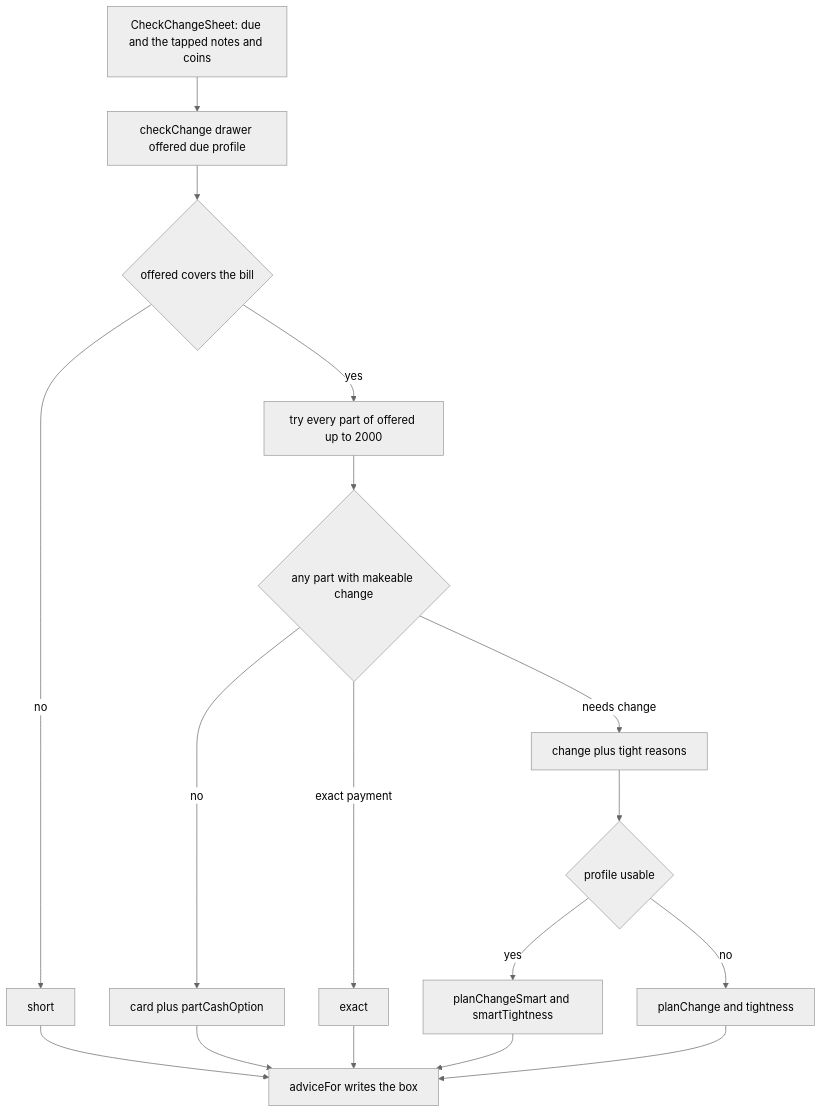
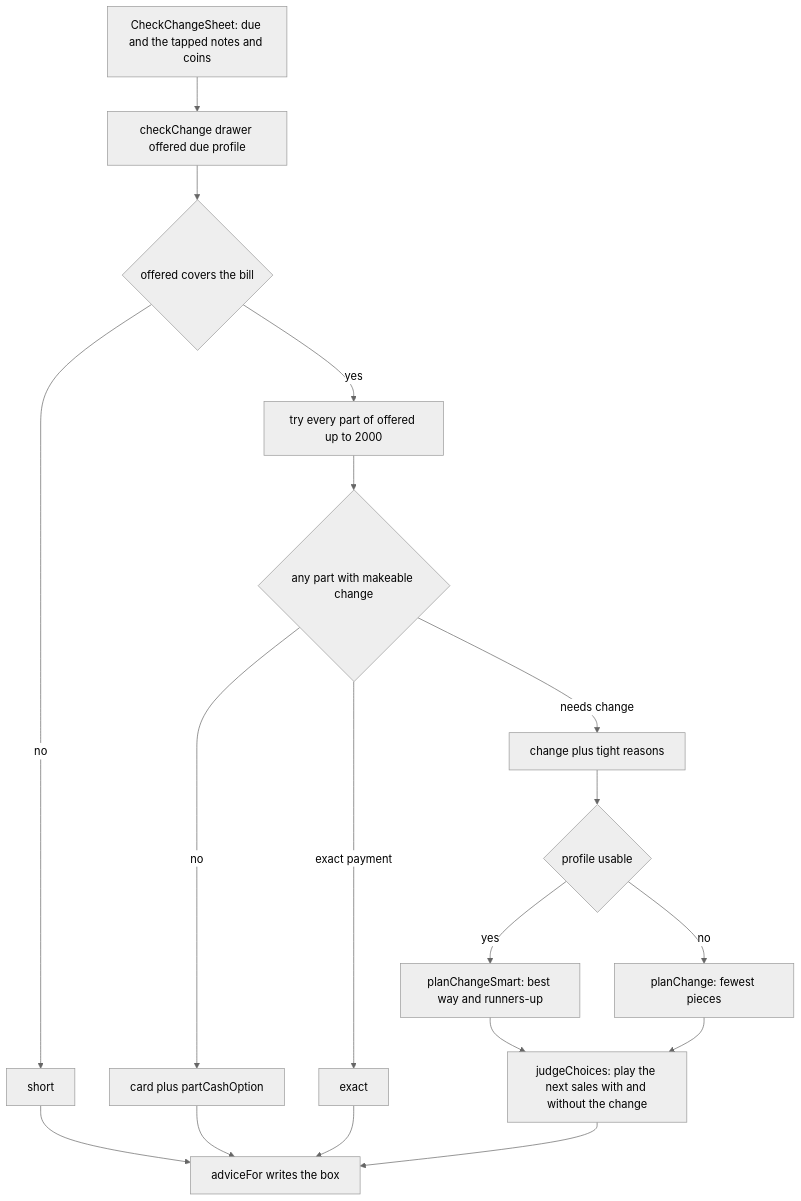
Before and after one commit to Kousei-Uchu/aidens3dp-pos: the diagram in help/cash/check-change.md, drawn with Mermaid (neutral theme). The commit also changed other lines of this file and 34 other files, not shown here.

````diff
--- a/help/cash/check-change.md
+++ b/help/cash/check-change.md
@@ -87,19 +93,20 @@
 ```mermaid
 flowchart TD
   A[CheckChangeSheet: due and the tapped notes and coins] --> B[checkChange drawer offered due profile]
   B --> C{offered covers the bill}
   C -->|no| D[short]
   C -->|yes| E[try every part of offered up to 2000]
   E --> F{any part with makeable change}
   F -->|no| G[card plus partCashOption]
   F -->|exact payment| H[exact]
   F -->|needs change| I[change plus tight reasons]
   I --> J{profile usable}
-  J -->|yes| K[planChangeSmart and smartTightness]
-  J -->|no| L[planChange and tightness]
+  J -->|yes| K[planChangeSmart: best way and runners-up]
+  J -->|no| L[planChange: fewest pieces]
+  K --> N[judgeChoices: play the next sales with and without the change]
+  L --> N
   D --> M[adviceFor writes the box]
   G --> M
   H --> M
-  K --> M
-  L --> M
+  N --> M
 ```
````
